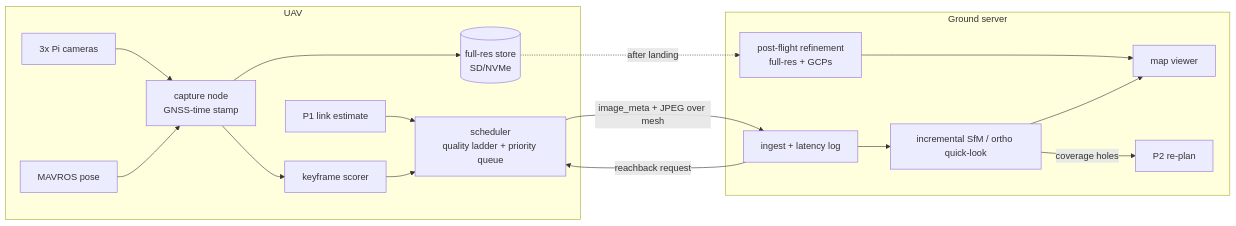
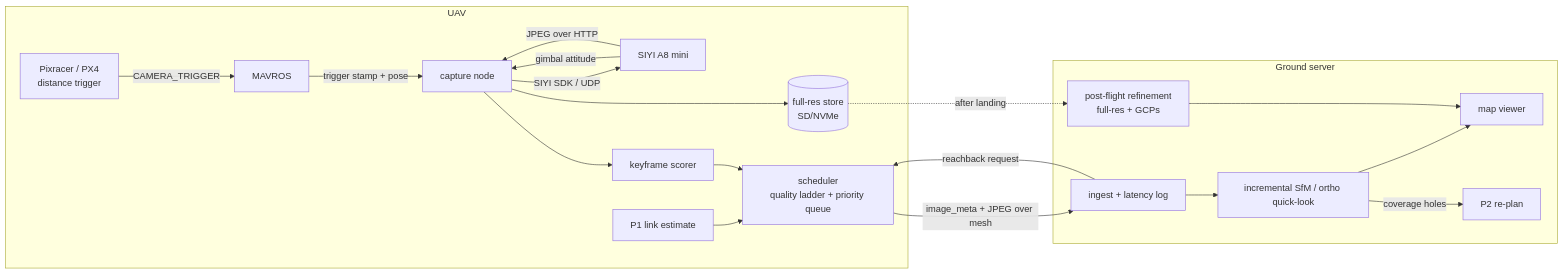
One commit to akashshingha850/meshmap changed the first of 2 diagrams in photogrammetry/docs/technical.md. Above: the diagram before and after it, drawn with Mermaid. The commit also changed other lines of this file and 15 other files, not shown here.

````diff
--- a/photogrammetry/docs/technical.md
+++ b/photogrammetry/docs/technical.md
@@ -9,20 +9,23 @@
 ```mermaid
 flowchart LR
     subgraph UAV
-        C[3x Pi cameras] --> CAP[capture node<br/>GNSS-time stamp]
-        MAV[MAVROS pose] --> CAP
+        PX4[Pixracer / PX4<br/>distance trigger] -- CAMERA_TRIGGER --> MAV[MAVROS]
+        MAV -- trigger stamp + pose --> CAP[capture node]
+        CAP -- SIYI SDK / UDP --> CAM[SIYI A8 mini]
+        CAM -- gimbal attitude --> CAP
+        CAM -- JPEG over HTTP --> CAP
         CAP --> STORE[(full-res store<br/>SD/NVMe)]
         CAP --> KF[keyframe scorer]
         LINK[P1 link estimate] --> SCH
         KF --> SCH[scheduler<br/>quality ladder + priority queue]
     end
     SCH -- image_meta + JPEG over mesh --> ING
     subgraph Ground server
         ING[ingest + latency log] --> QL[incremental SfM / ortho quick-look]
         QL --> VIEW[map viewer]
         QL -- coverage holes --> P2[P2 re-plan]
         ING -- reachback request --> SCH
         POST[post-flight refinement<br/>full-res + GCPs] --> VIEW
     end
     STORE -. after landing .-> POST
 ```
````
